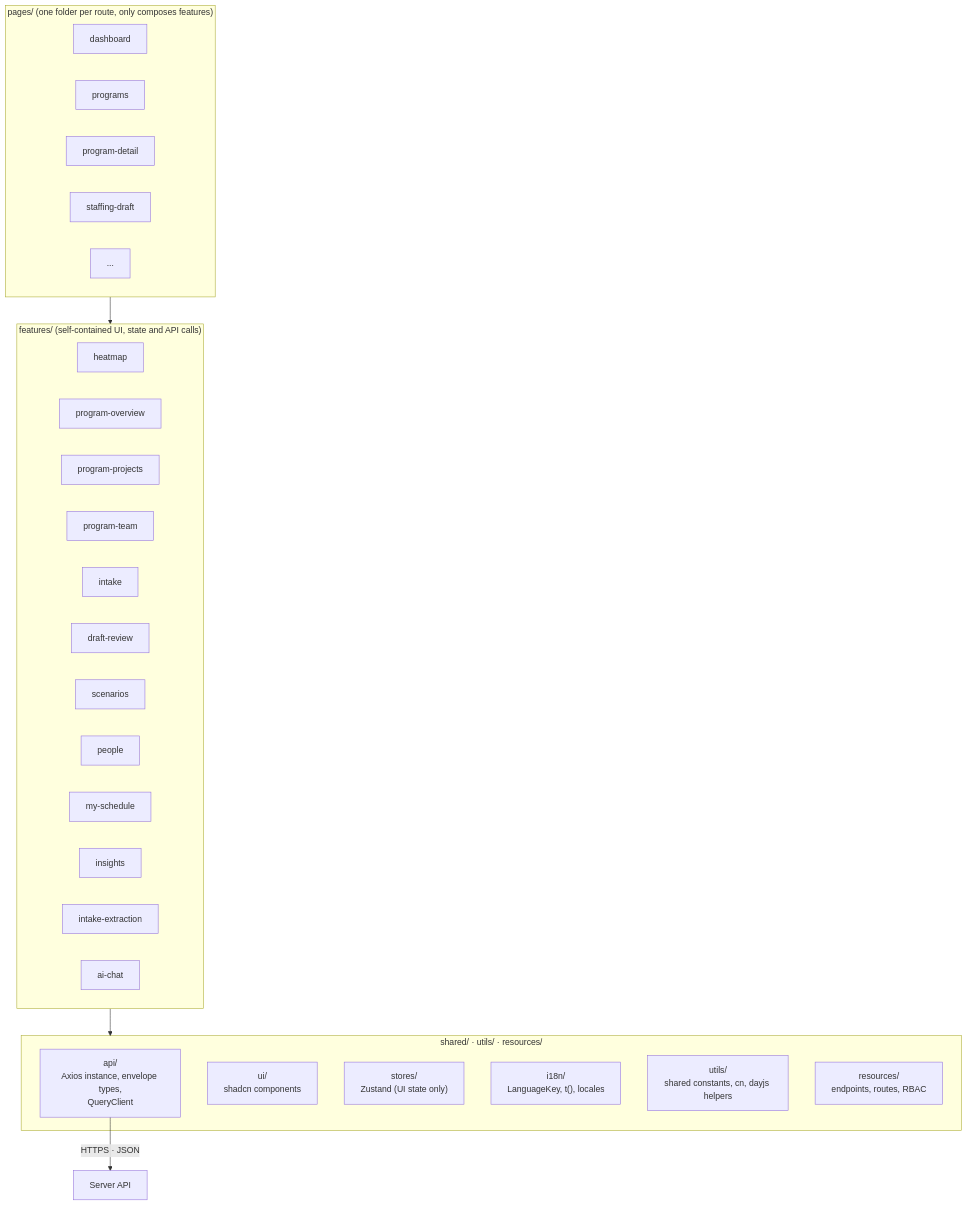
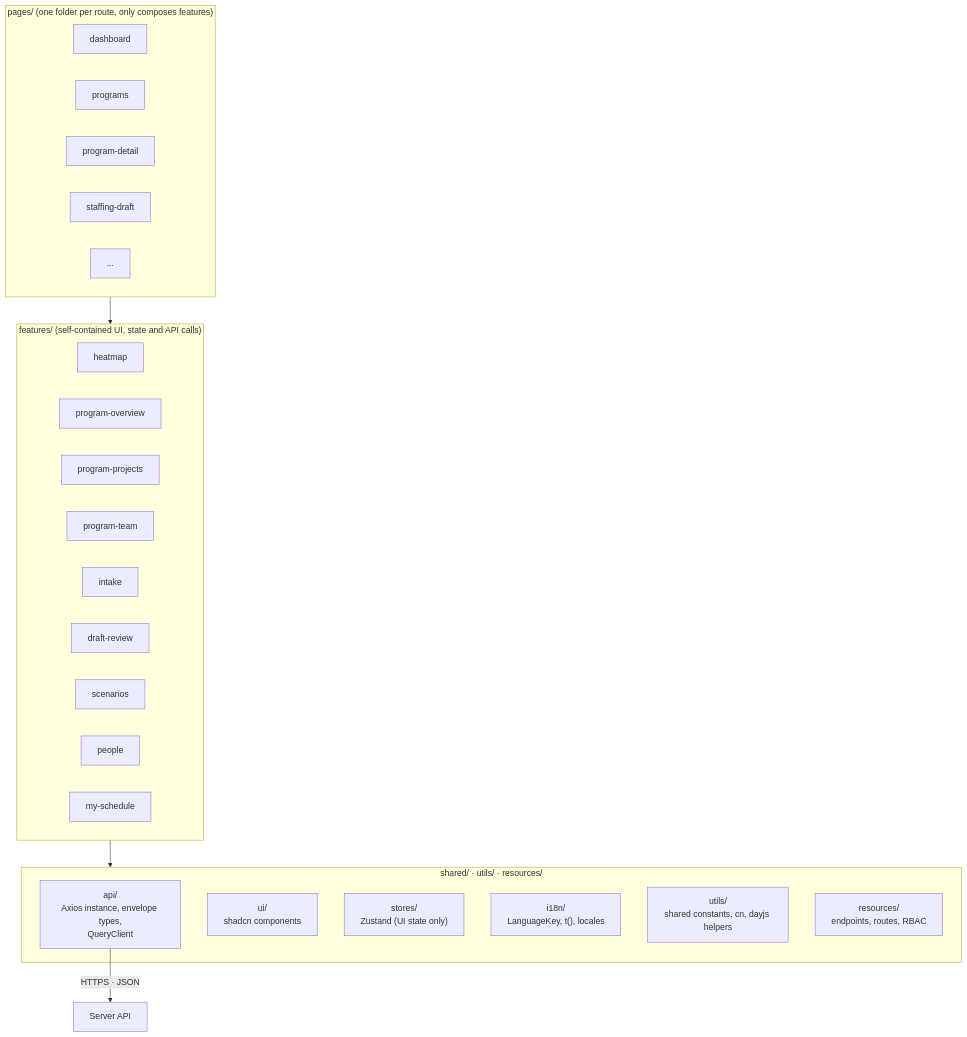
One commit to dophnamm/the-slot-finder changed the second of 2 diagrams in client/README.md. Above: the diagram before and after it, drawn with Mermaid. The commit also changed other lines of this file, not shown here.

````diff
--- a/client/README.md
+++ b/client/README.md
@@ -91,34 +91,31 @@
 ```mermaid
 flowchart TB
   subgraph pages["pages/ (one folder per route, only composes features)"]
     p1["dashboard"]
     p2["programs"]
     p3["program-detail"]
     p4["staffing-draft"]
     p5["..."]
   end
   subgraph features["features/ (self-contained UI, state and API calls)"]
     f1["heatmap"]
     f2["program-overview"]
     f3["program-projects"]
     f4["program-team"]
     f5["intake"]
     f6["draft-review"]
     f7["scenarios"]
     f8["people"]
     f9["my-schedule"]
-    f10["insights"]
-    f11["intake-extraction"]
-    f12["ai-chat"]
   end
   subgraph shared["shared/ · utils/ · resources/"]
     s1["api/<br/>Axios instance, envelope types,<br/>QueryClient"]
     s2["ui/<br/>shadcn components"]
     s4["stores/<br/>Zustand (UI state only)"]
     s5["i18n/<br/>LanguageKey, t(), locales"]
     s3["utils/<br/>shared constants, cn, dayjs helpers"]
     s6["resources/<br/>endpoints, routes, RBAC"]
   end
   pages --> features --> shared
   s1 -->|"HTTPS · JSON"| server["Server API"]
 ```
````
